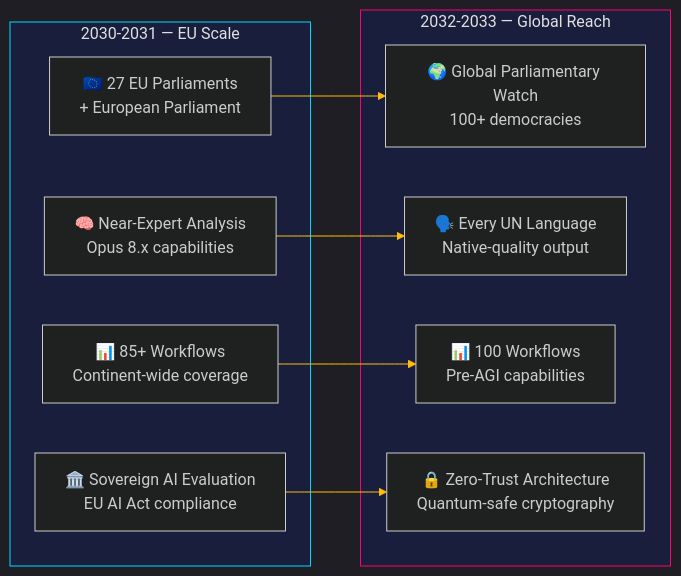
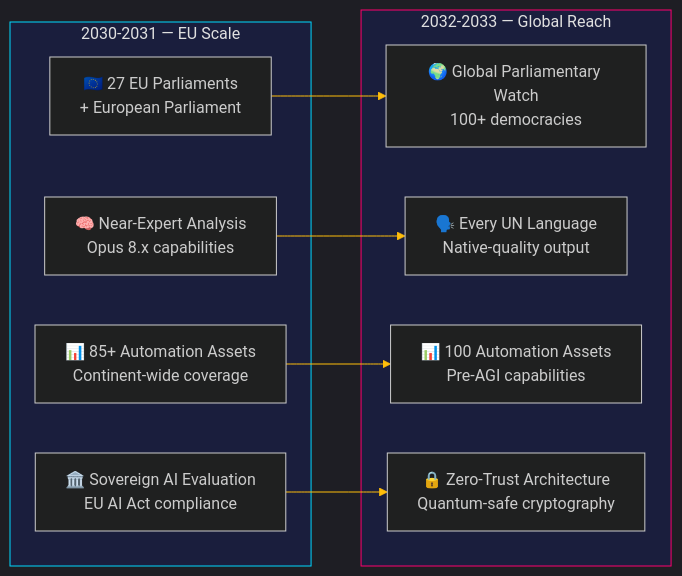
Before and after one commit to Hack23/riksdagsmonitor: the fourth of 6 diagrams in README.md, drawn with Mermaid. The commit also changed other lines of this file, not shown here.

Commit message:
Standardize "automation assets" terminology in Phase 5-6 timeline and Mermaid diagrams

````diff
--- a/README.md
+++ b/README.md
@@ -830,22 +830,22 @@
 ```mermaid
 %%{init: {'theme': 'dark', 'themeVariables': {'primaryColor': '#00d9ff', 'primaryTextColor': '#e0e0e0', 'primaryBorderColor': '#ff006e', 'lineColor': '#ffbe0b', 'secondaryColor': '#1a1e3d', 'tertiaryColor': '#0a0e27'}}}%%
 graph LR
     subgraph SGEU["2030-2031 — EU Scale"]
         style SGEU fill:#1a1e3d,stroke:#00d9ff,color:#e0e0e0
         EU1[🇪🇺 27 EU Parliaments<br/>+ European Parliament]
         EU2[🧠 Near-Expert Analysis<br/>Opus 8.x capabilities]
-        EU3[📊 85+ Workflows<br/>Continent-wide coverage]
+        EU3[📊 85+ Automation Assets<br/>Continent-wide coverage]
         EU4[🏛️ Sovereign AI Evaluation<br/>EU AI Act compliance]
     end
     subgraph SGGL["2032-2033 — Global Reach"]
         style SGGL fill:#1a1e3d,stroke:#ff006e,color:#e0e0e0
         GL1[🌍 Global Parliamentary Watch<br/>100+ democracies]
         GL2[🗣️ Every UN Language<br/>Native-quality output]
-        GL3[📊 100 Workflows<br/>Pre-AGI capabilities]
+        GL3[📊 100 Automation Assets<br/>Pre-AGI capabilities]
         GL4[🔒 Zero-Trust Architecture<br/>Quantum-safe cryptography]
     end
     EU1 --> GL1
     EU2 --> GL2
     EU3 --> GL3
     EU4 --> GL4
 ```
````
